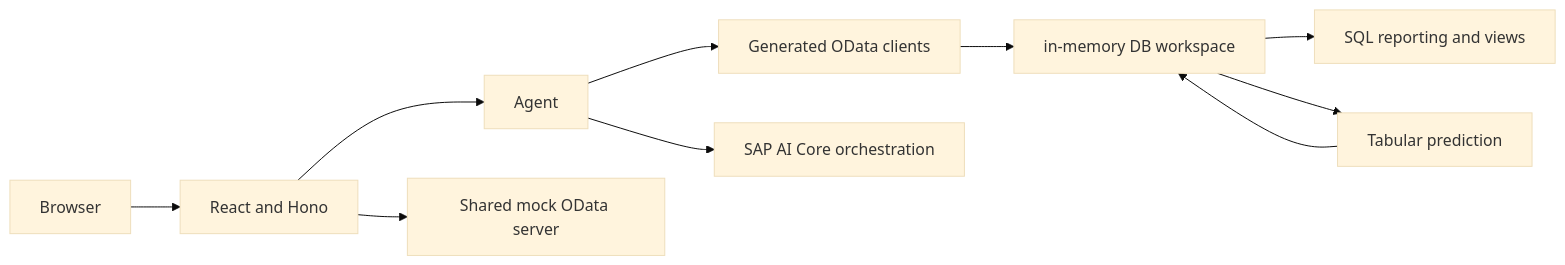
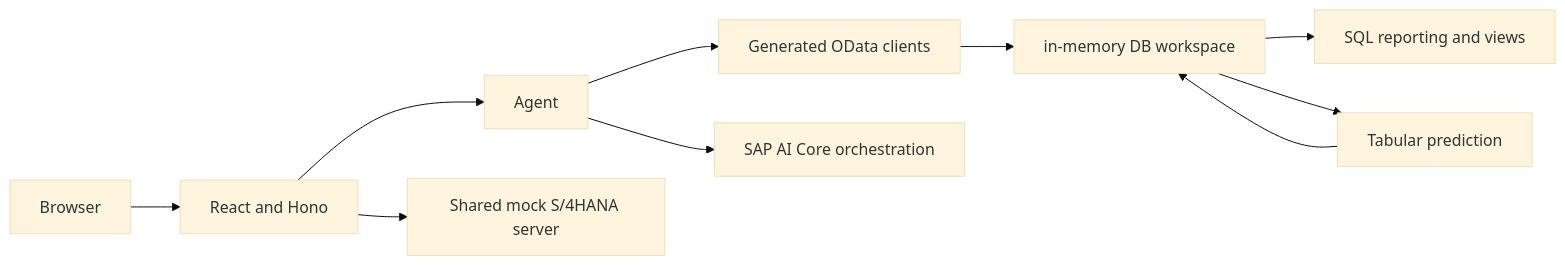
The diagram in js-app/README.md (AlbertvanEngen/teched2026-RA160_2), drawn with Mermaid (base theme) before and after one commit. The commit also changed other lines of this file and 10 other files, not shown here.

````diff
--- a/js-app/README.md
+++ b/js-app/README.md
@@ -41,12 +41,12 @@
 ```mermaid
 flowchart LR
     Browser --> Web[React and Hono]
     Web --> Agent
     Agent --> OData[Generated OData clients]
     OData --> SQL[in-memory DB workspace]
     SQL --> Report[SQL reporting and views]
     SQL --> Prediction[Tabular prediction]
     Prediction --> SQL
-    Web --> Mock[Shared mock OData server]
+    Web --> Mock[Shared mock S/4HANA server]
     Agent --> AI[SAP AI Core orchestration]
 ```
````
